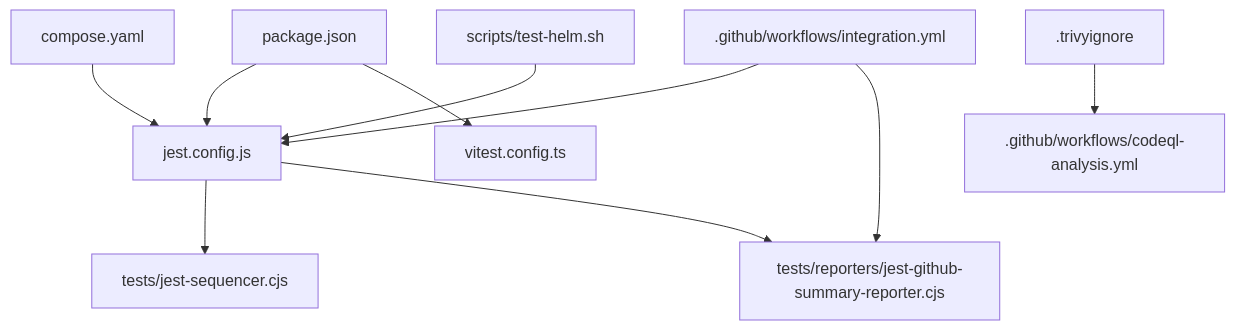
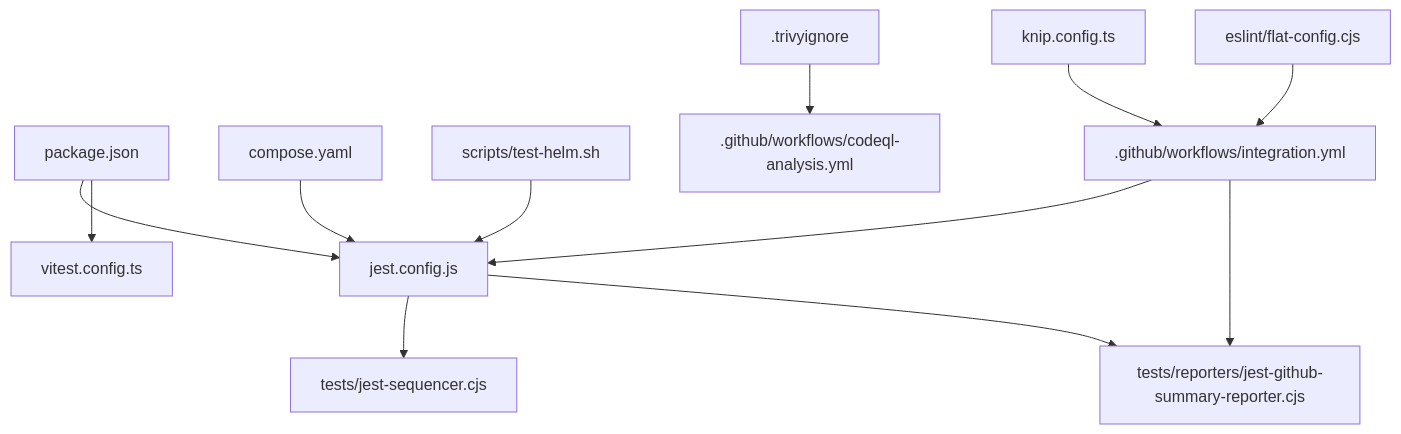
Before and after one commit to debian777/kairos-mcp: diagram 13 of 13 in .qoder/repowiki/en/content/Testing and Quality Assurance/Continuous Integration and Automation.md, drawn with Mermaid. The commit also changed other lines of this file and 22 other files, not shown here.

````diff
--- a/.qoder/repowiki/en/content/Testing and Quality Assurance/Continuous Integration and Automation.md
+++ b/.qoder/repowiki/en/content/Testing and Quality Assurance/Continuous Integration and Automation.md
@@ -497,22 +551,26 @@
 ```mermaid
 graph TB
 PKG["package.json"]
 JEST["jest.config.js"]
 VITEST["vitest.config.ts"]
 SEQ["tests/jest-sequencer.cjs"]
 RPT["tests/reporters/jest-github-summary-reporter.cjs"]
 COMPOSE["compose.yaml"]
 HELM["scripts/test-helm.sh"]
 TRIVY[".trivyignore"]
 CODEQL[".github/workflows/codeql-analysis.yml"]
 INTEGRATION[".github/workflows/integration.yml"]
+KNIP["knip.config.ts"]
+ESLINT["eslint/flat-config.cjs"]
 PKG --> JEST
 PKG --> VITEST
 JEST --> SEQ
 JEST --> RPT
 COMPOSE --> JEST
 HELM --> JEST
 TRIVY --> CODEQL
 INTEGRATION --> JEST
 INTEGRATION --> RPT
+KNIP --> INTEGRATION
+ESLINT --> INTEGRATION
 ```
````
